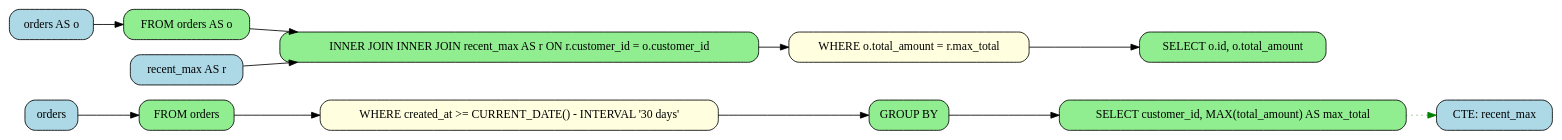
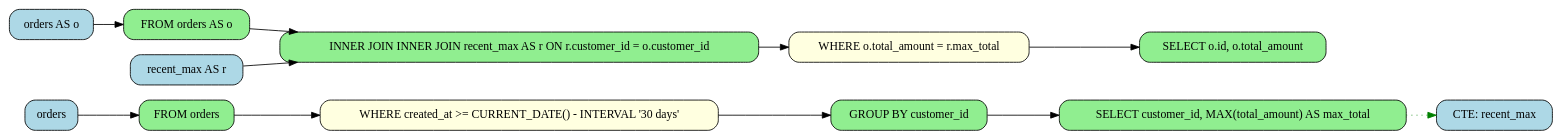
One commit to rot1024/sqloflow changed the diagram in examples/cte_with_join_operation.dot. Above: the diagram before and after it, drawn with Graphviz. The commit also changed 41 other files, not shown here.

```diff
--- a/examples/cte_with_join_operation.dot
+++ b/examples/cte_with_join_operation.dot
@@ -1,30 +1,30 @@
 digraph sqloflow {
   rankdir=LR;
   node [shape=box, style=rounded];
 
   // Node definitions
   node_0 [label="orders", fillcolor=lightblue, style="filled,rounded"];
   node_5 [label="CTE: recent_max", fillcolor=lightblue, style="filled,rounded"];
   node_6 [label="orders AS o", fillcolor=lightblue, style="filled,rounded"];
   node_8 [label="recent_max AS r", fillcolor=lightblue, style="filled,rounded"];
   node_1 [label="FROM orders", fillcolor=lightgreen, style="filled,rounded"];
-  node_3 [label="GROUP BY", fillcolor=lightgreen, style="filled,rounded"];
+  node_3 [label="GROUP BY customer_id", fillcolor=lightgreen, style="filled,rounded"];
   node_4 [label="SELECT customer_id, MAX(total_amount) AS max_total", fillcolor=lightgreen, style="filled,rounded"];
   node_7 [label="FROM orders AS o", fillcolor=lightgreen, style="filled,rounded"];
   node_9 [label="INNER JOIN INNER JOIN recent_max AS r ON r.customer_id = o.customer_id", fillcolor=lightgreen, style="filled,rounded"];
   node_11 [label="SELECT o.id, o.total_amount", fillcolor=lightgreen, style="filled,rounded"];
   node_2 [label="WHERE created_at >= CURRENT_DATE() - INTERVAL '30 days'", fillcolor=lightyellow, style="filled,rounded"];
   node_10 [label="WHERE o.total_amount = r.max_total", fillcolor=lightyellow, style="filled,rounded"];
 
   // Edges
   node_0 -> node_1 [color=black];
   node_1 -> node_2 [color=black];
   node_2 -> node_3 [color=black];
   node_3 -> node_4 [color=black];
   node_4 -> node_5 [color=green, style=dotted];
   node_6 -> node_7 [color=black];
   node_7 -> node_9 [color=black];
   node_8 -> node_9 [color=black];
   node_9 -> node_10 [color=black];
   node_10 -> node_11 [color=black];
 }
```
